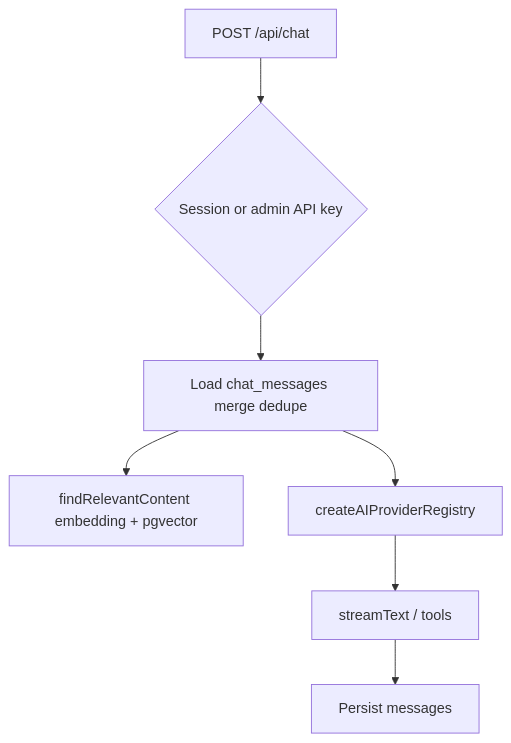
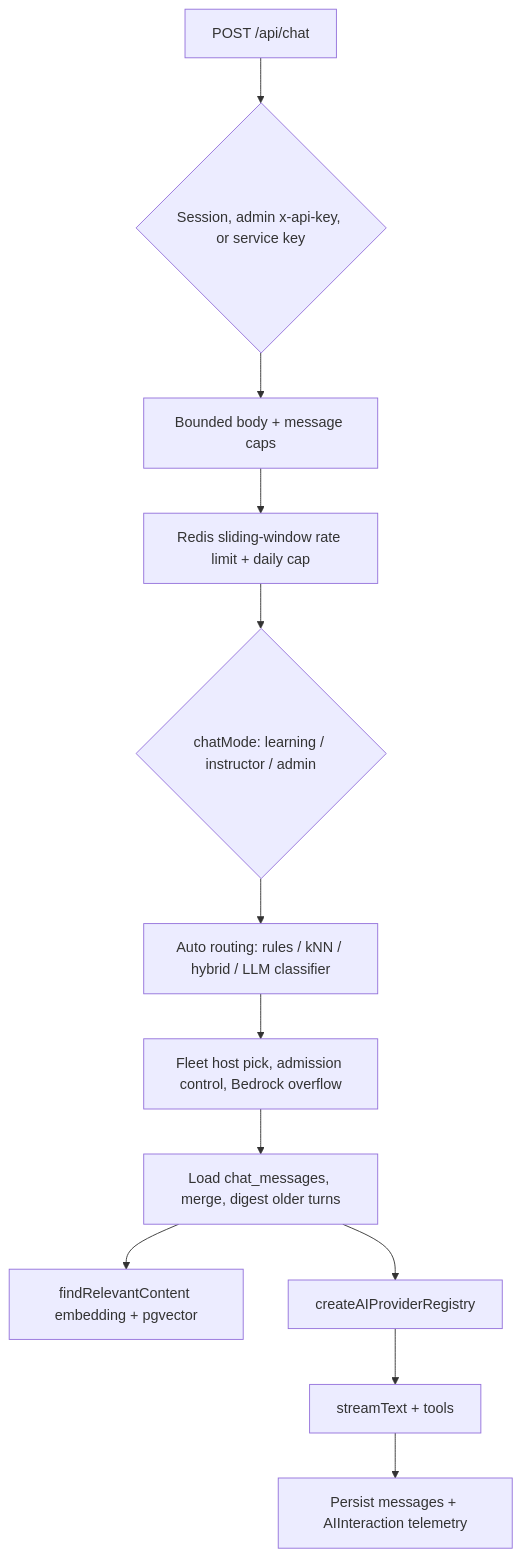
One commit to EduAI-Lab/EduAI changed the sixth of 7 diagrams in docs/ARCHITECTURE.md. Above: the diagram before and after it, drawn with Mermaid. The commit also changed other lines of this file and 11 other files, not shown here.

First line of the commit message:
docs: refresh architecture, deployment, and operations guides

````diff
--- a/docs/ARCHITECTURE.md
+++ b/docs/ARCHITECTURE.md
@@ -209,14 +233,19 @@
 ```mermaid
 flowchart TD
   C[POST /api/chat]
-  Auth{Session or admin API key}
-  Hist[Load chat_messages merge dedupe]
+  Auth{Session, admin x-api-key, or service key}
+  Ingress[Bounded body + message caps]
+  Rate[Redis sliding-window rate limit + daily cap]
+  Mode{chatMode: learning / instructor / admin}
+  Route[Auto routing: rules / kNN / hybrid / LLM classifier]
+  Fleet[Fleet host pick, admission control, Bedrock overflow]
+  Hist[Load chat_messages, merge, digest older turns]
   RAG[findRelevantContent embedding + pgvector]
   Reg[createAIProviderRegistry]
-  LLM[streamText / tools]
-  Save[Persist messages]
-  C --> Auth --> Hist
+  LLM[streamText + tools]
+  Save[Persist messages + AIInteraction telemetry]
+  C --> Auth --> Ingress --> Rate --> Mode --> Route --> Fleet --> Hist
   Hist --> RAG
   Hist --> Reg --> LLM
   LLM --> Save
 ```
````
